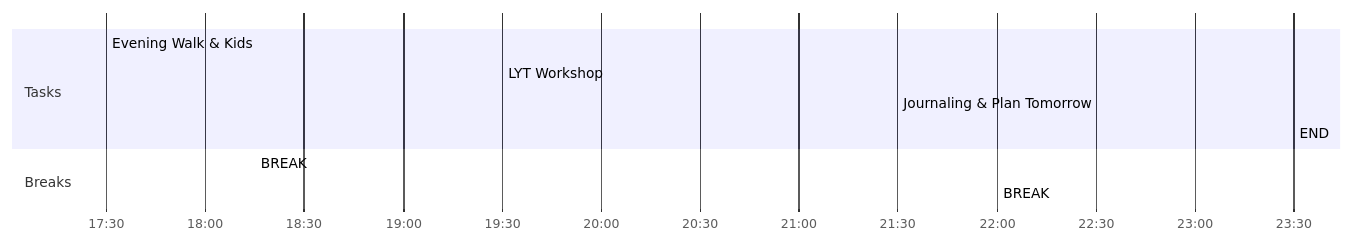
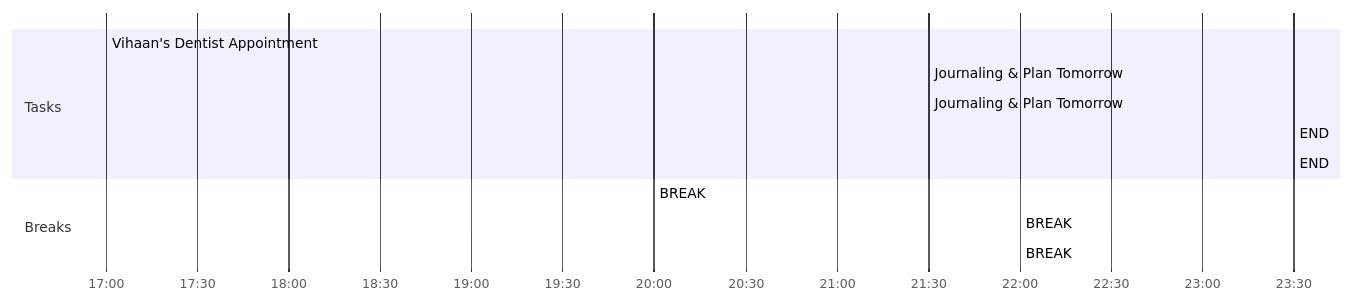
The diagram in 🌱 Journal/2022/Quarter 3/09-September/Week 40/30-Sep-22.md (nihitkhandelwal-eng/The_Brainforest), drawn with Mermaid before and after one commit. The commit also changed other lines of this file and 3 other files, not shown here.

````diff
--- a/🌱 Journal/2022/Quarter 3/09-September/Week 40/30-Sep-22.md
+++ b/🌱 Journal/2022/Quarter 3/09-September/Week 40/30-Sep-22.md
@@ -17,14 +20,16 @@
 ```mermaid
 gantt
     dateFormat  HH-mm
     axisFormat %H:%M
-    %% Current Time: 3:46:25 PM
+    %% Current Time: 9:22:39 PM
     section Tasks
-    Evening Walk & Kids     :17-30, 45mm
-    LYT Workshop     :19-30, 120mm
+    Vihaan's Dentist Appointment     :17-00, 180mm
+    Journaling & Plan Tomorrow     :21-30, 30mm
     Journaling & Plan Tomorrow     :21-30, 30mm
     END     :23-30, 0mm
+    END     :23-30, 0mm
     section Breaks
-    BREAK     :18-15, 75mm
+    BREAK     :20-00, 90mm
+    BREAK     :22-00, -30mm
     BREAK     :22-00, 90mm
 ```
````
